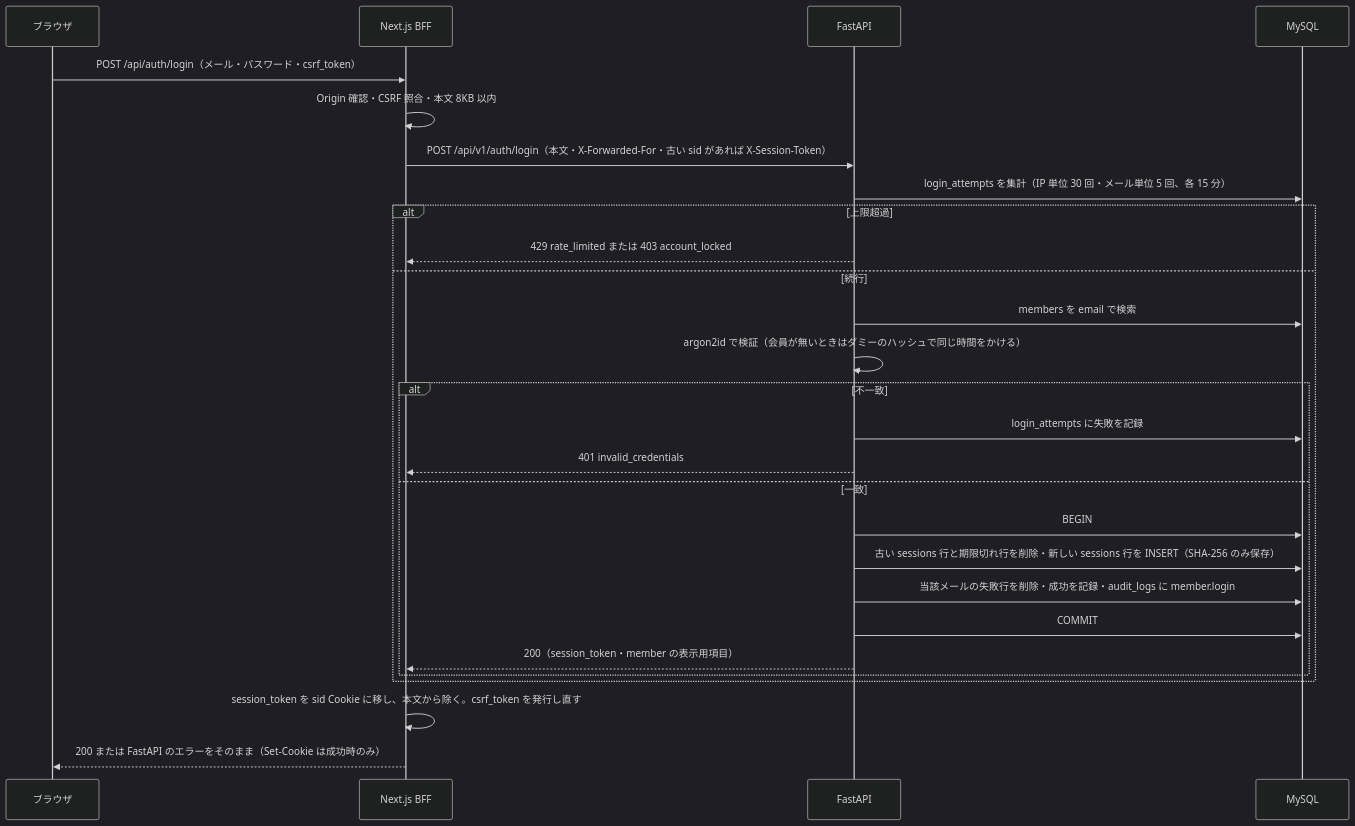
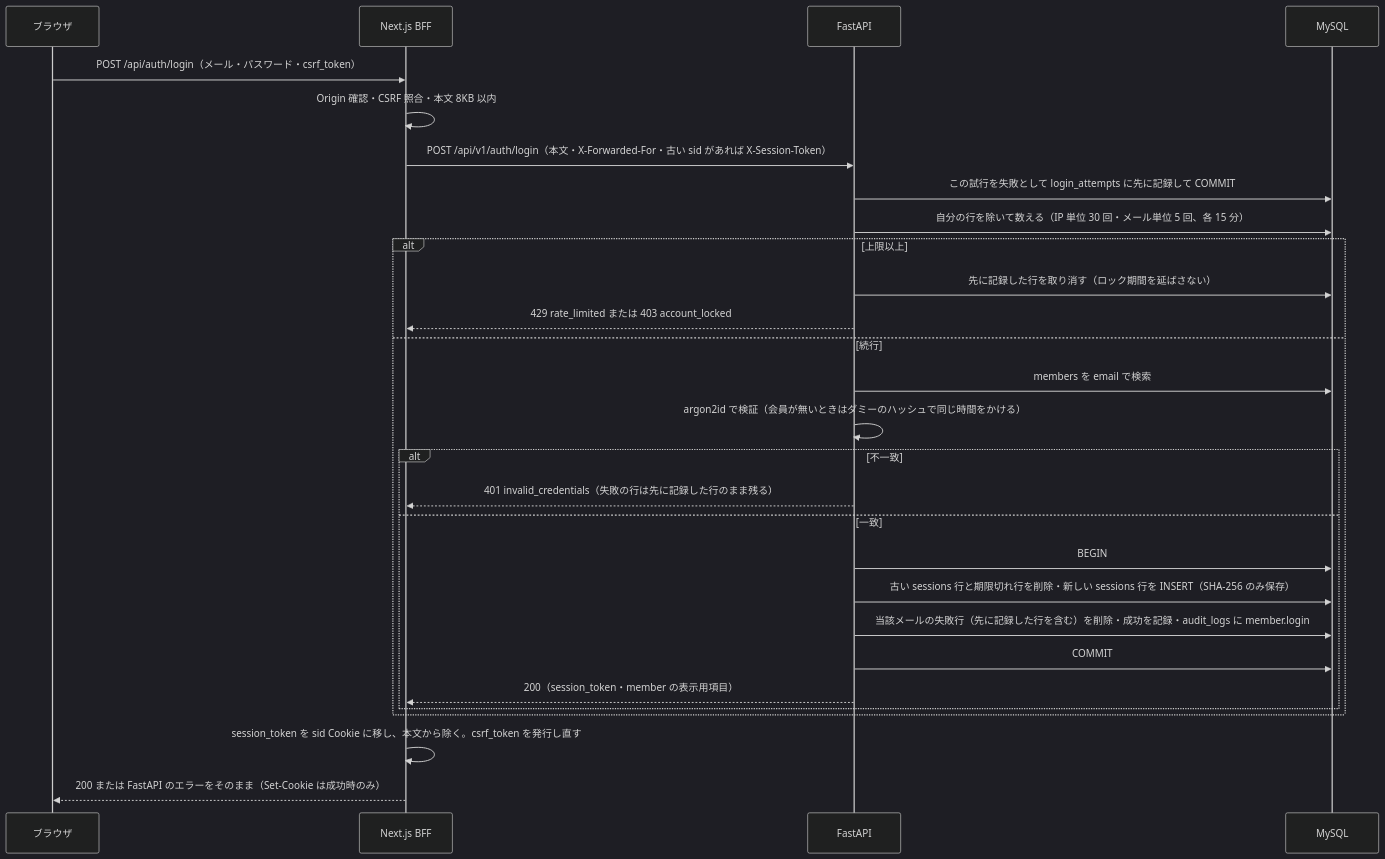
Before and after one commit to nonooktk/GUapp: the first of 4 diagrams in docs/03_設計仕様書/GU_ECsite_設計仕様書_P2追補b_draft-v1.md, drawn with Mermaid (dark theme). The commit also changed other lines of this file and 6 other files, not shown here.

````diff
--- a/docs/03_設計仕様書/GU_ECsite_設計仕様書_P2追補b_draft-v1.md
+++ b/docs/03_設計仕様書/GU_ECsite_設計仕様書_P2追補b_draft-v1.md
@@ -76,29 +77,30 @@
 ```mermaid
 sequenceDiagram
     participant B as ブラウザ
     participant BFF as Next.js BFF
     participant API as FastAPI
     participant DB as MySQL
     B->>BFF: POST /api/auth/login（メール・パスワード・csrf_token）
     BFF->>BFF: Origin 確認・CSRF 照合・本文 8KB 以内
     BFF->>API: POST /api/v1/auth/login（本文・X-Forwarded-For・古い sid があれば X-Session-Token）
-    API->>DB: login_attempts を集計（IP 単位 30 回・メール単位 5 回、各 15 分）
-    alt 上限超過
+    API->>DB: この試行を失敗として login_attempts に先に記録して COMMIT
+    API->>DB: 自分の行を除いて数える（IP 単位 30 回・メール単位 5 回、各 15 分）
+    alt 上限以上
+        API->>DB: 先に記録した行を取り消す（ロック期間を延ばさない）
         API-->>BFF: 429 rate_limited または 403 account_locked
     else 続行
         API->>DB: members を email で検索
         API->>API: argon2id で検証（会員が無いときはダミーのハッシュで同じ時間をかける）
         alt 不一致
-            API->>DB: login_attempts に失敗を記録
-            API-->>BFF: 401 invalid_credentials
+            API-->>BFF: 401 invalid_credentials（失敗の行は先に記録した行のまま残る）
         else 一致
             API->>DB: BEGIN
             API->>DB: 古い sessions 行と期限切れ行を削除・新しい sessions 行を INSERT（SHA-256 のみ保存）
-            API->>DB: 当該メールの失敗行を削除・成功を記録・audit_logs に member.login
+            API->>DB: 当該メールの失敗行（先に記録した行を含む）を削除・成功を記録・audit_logs に member.login
             API->>DB: COMMIT
             API-->>BFF: 200（session_token・member の表示用項目）
         end
     end
     BFF->>BFF: session_token を sid Cookie に移し、本文から除く。csrf_token を発行し直す
     BFF-->>B: 200 または FastAPI のエラーをそのまま（Set-Cookie は成功時のみ）
 ```
````
